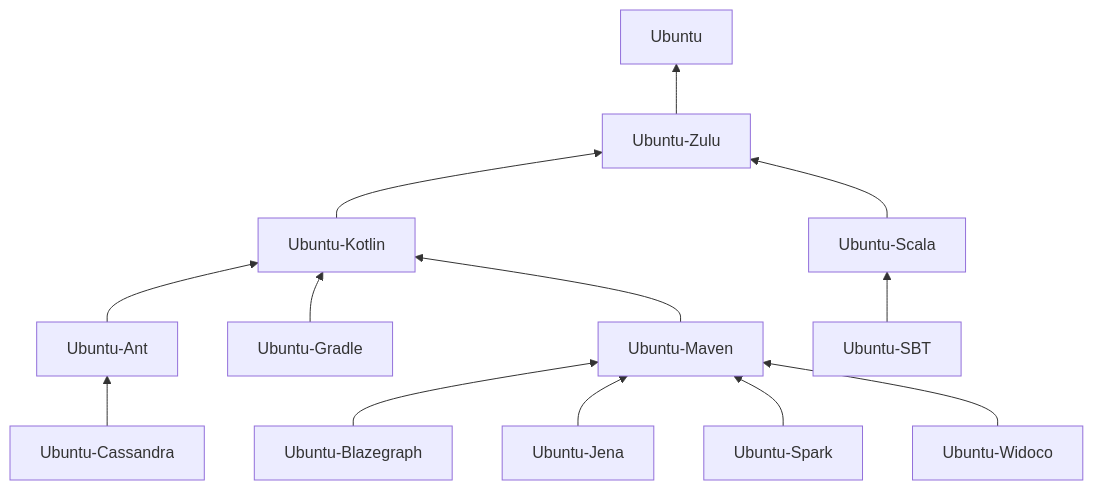
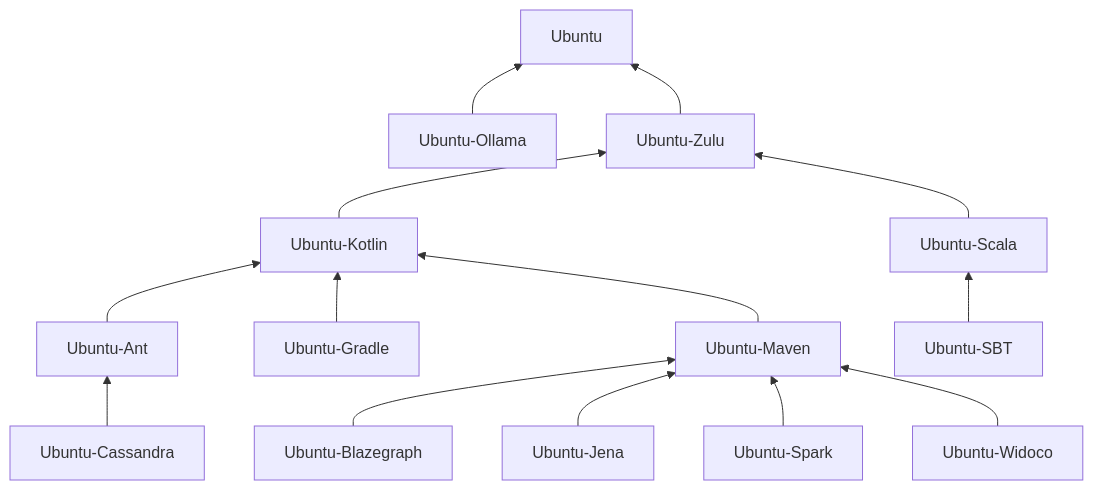
Before and after one commit to luminositylabs/luminositylabs-semantics-development: the diagram in README.md, drawn with Mermaid. The commit also changed other lines of this file and 2 other files, not shown here.

Commit message:
* Introduce ollama image

````diff
--- a/README.md
+++ b/README.md
@@ -49,35 +50,37 @@
 ```mermaid
 graph BT
     %% Base image
     ubuntu[Ubuntu]
 
     %% Direct children of Ubuntu
     ubuntu_zulu["Ubuntu‑Zulu"]
     ubuntu_kotlin["Ubuntu‑Kotlin"]
     ubuntu_scala["Ubuntu‑Scala"]
     ubuntu_ant["Ubuntu‑Ant"]
     ubuntu_gradle["Ubuntu‑Gradle"]
     ubuntu_maven["Ubuntu‑Maven"]
     ubuntu_sbt["Ubuntu‑SBT"]
     ubuntu_blazegraph["Ubuntu‑Blazegraph"]
     ubuntu_cassandra["Ubuntu‑Cassandra"]
     ubuntu_jena["Ubuntu‑Jena"]
     ubuntu_spark["Ubuntu‑Spark"]
+    ubuntu_ollama["Ubuntu‑Ollama"]
 
     %% Widoco depends on Maven and Zulu runtimes
     ubuntu_widoco["Ubuntu‑Widoco"]
 
     %% Edges
     ubuntu_ant --> ubuntu_kotlin
     ubuntu_blazegraph --> ubuntu_maven 
     ubuntu_cassandra --> ubuntu_ant 
     ubuntu_gradle --> ubuntu_kotlin
     ubuntu_jena --> ubuntu_maven
     ubuntu_kotlin --> ubuntu_zulu
     ubuntu_maven --> ubuntu_kotlin
+    ubuntu_ollama --> ubuntu
     ubuntu_sbt --> ubuntu_scala
     ubuntu_scala --> ubuntu_zulu 
     ubuntu_spark --> ubuntu_maven
     ubuntu_widoco --> ubuntu_maven
     ubuntu_zulu --> ubuntu
 ```
````
